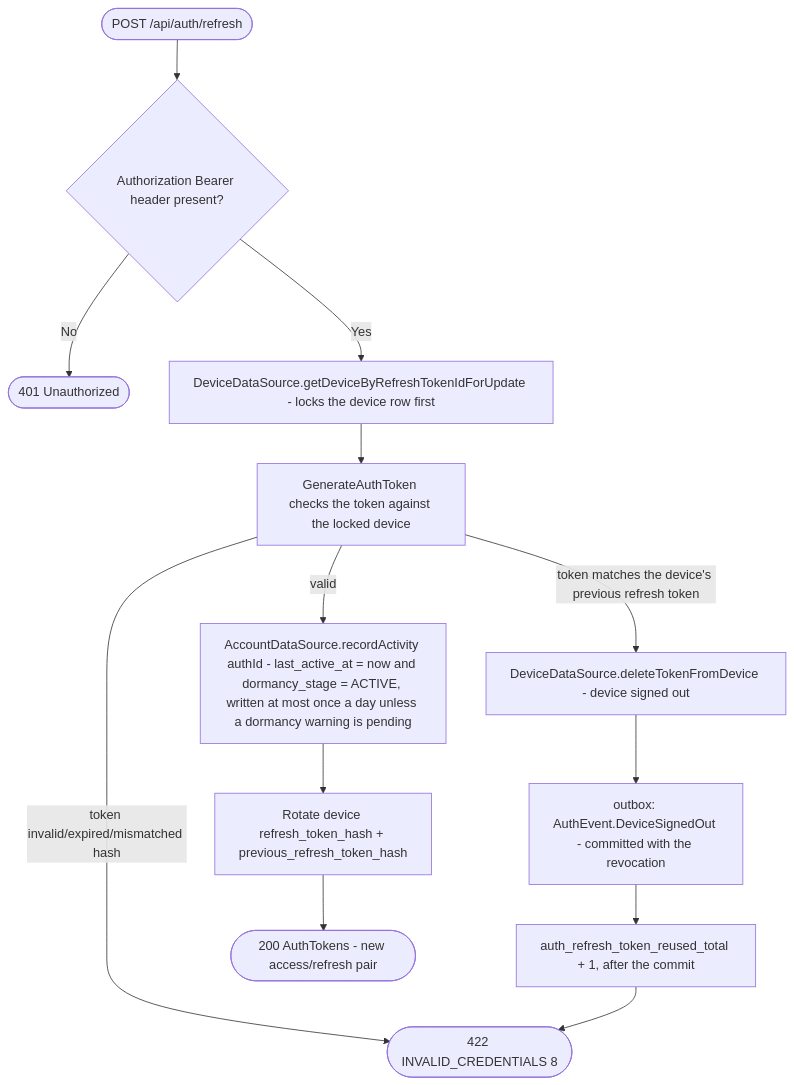
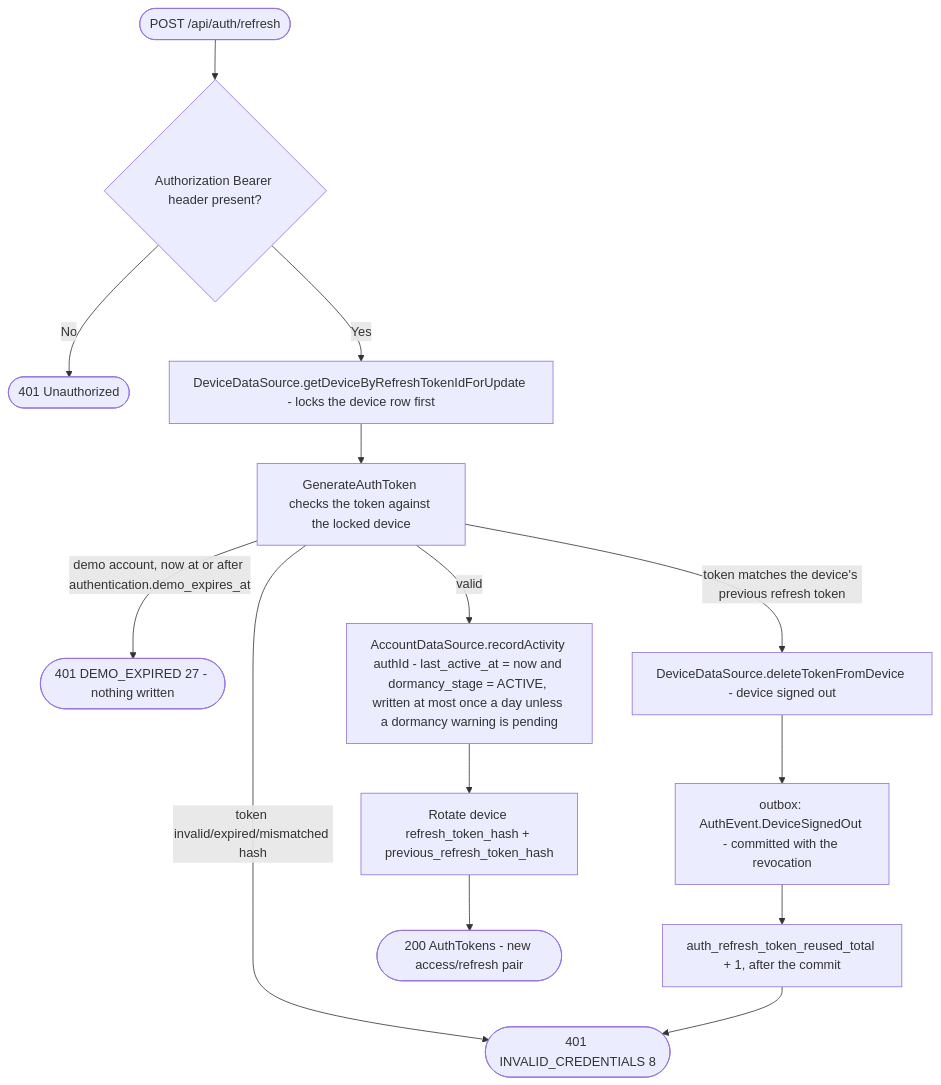
One commit to nocturneproperties/bookkme changed the diagram in docs/operations/authorization/refresh-token.md. Above: the diagram before and after it, drawn with Mermaid. The commit also changed other lines of this file and 7 other files, not shown here.

````diff
--- a/docs/operations/authorization/refresh-token.md
+++ b/docs/operations/authorization/refresh-token.md
@@ -10,15 +10,16 @@
 ```mermaid
 flowchart TD
     Start([POST /api/auth/refresh]) --> HeaderCheck{Authorization Bearer header present?}
     HeaderCheck -- No --> R401a([401 Unauthorized])
     HeaderCheck -- Yes --> Lock[DeviceDataSource.getDeviceByRefreshTokenIdForUpdate - locks the device row first]
     Lock --> Gen[GenerateAuthToken checks the token against the locked device]
-    Gen -- token invalid/expired/mismatched hash --> R422([422 INVALID_CREDENTIALS 8])
+    Gen -- token invalid/expired/mismatched hash --> R401([401 INVALID_CREDENTIALS 8])
+    Gen -- demo account, now at or after authentication.demo_expires_at --> R401demo([401 DEMO_EXPIRED 27 - nothing written])
     Gen -- token matches the device's previous refresh token --> Revoke[DeviceDataSource.deleteTokenFromDevice - device signed out]
     Revoke --> SignedOut["outbox: AuthEvent.DeviceSignedOut - committed with the revocation"]
     SignedOut --> Count[auth_refresh_token_reused_total + 1, after the commit]
-    Count --> R422
+    Count --> R401
     Gen -- valid --> Activity[AccountDataSource.recordActivity authId - last_active_at = now and dormancy_stage = ACTIVE, written at most once a day unless a dormancy warning is pending]
     Activity --> Rotate[Rotate device refresh_token_hash + previous_refresh_token_hash]
     Rotate --> R200([200 AuthTokens - new access/refresh pair])
 ```
````
